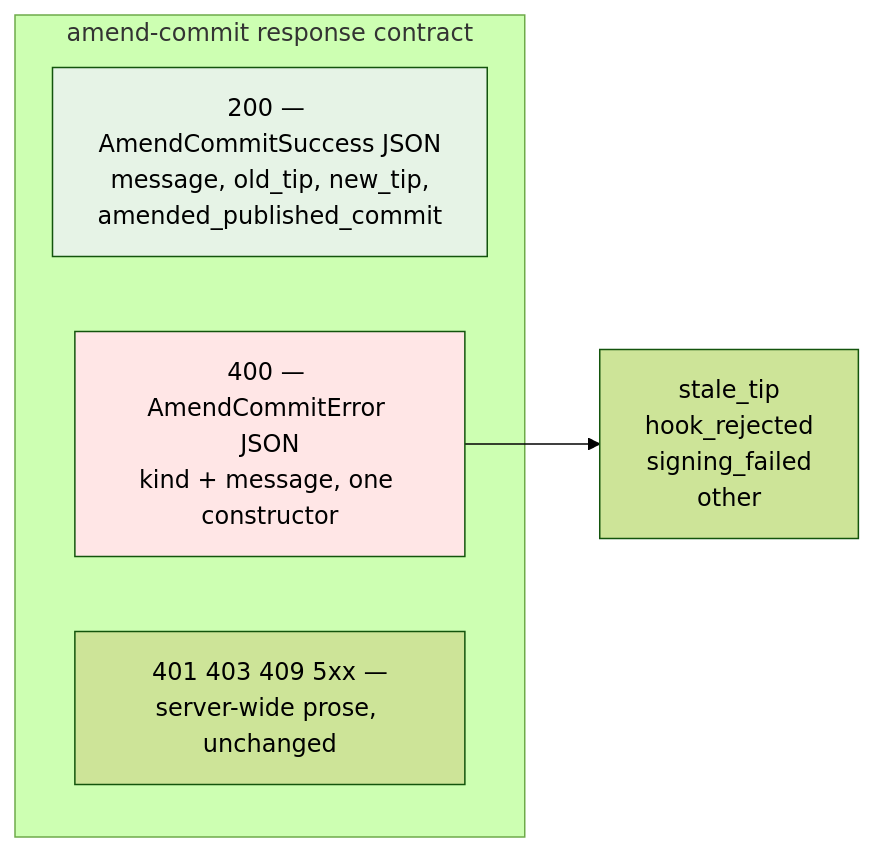
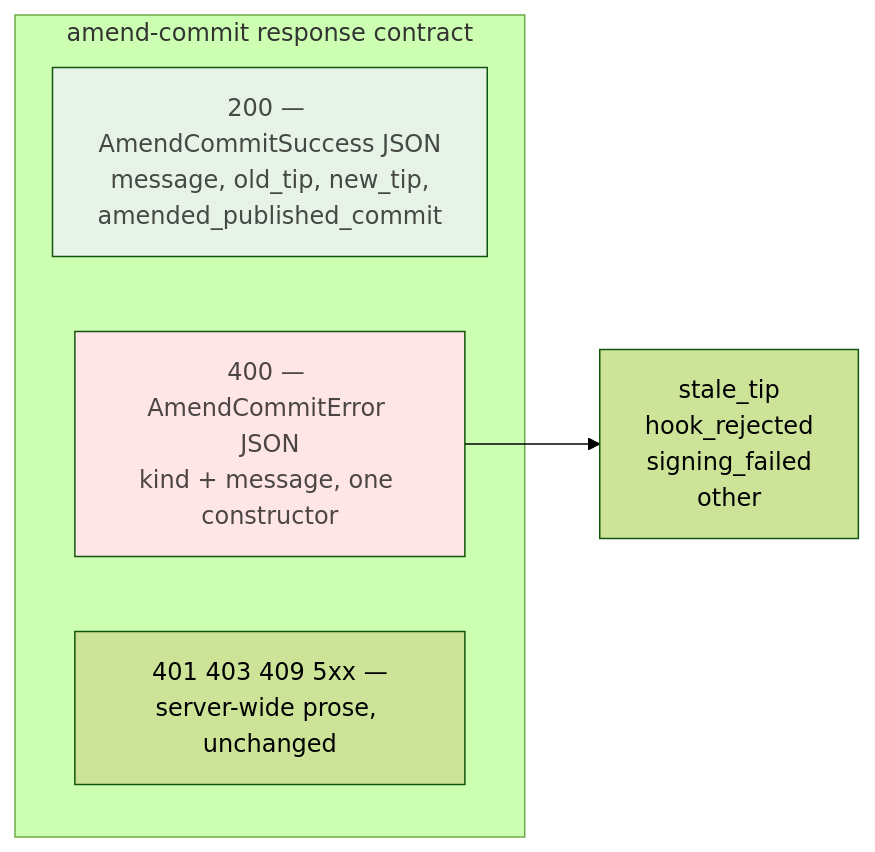
Before and after one commit to tom2025b/git-vista: the fifth of 7 diagrams in docs/adr/0040-amend-execution.md, drawn with Mermaid (forest theme). The commit also changed other lines of this file and 21 other files, not shown here.

````diff
--- a/docs/adr/0040-amend-execution.md
+++ b/docs/adr/0040-amend-execution.md
@@ -198,11 +198,11 @@
 ```mermaid
 flowchart LR
     subgraph "amend-commit response contract"
         S["200 — AmendCommitSuccess JSON<br/>message, old_tip, new_tip,<br/>amended_published_commit"]
         F["400 — AmendCommitError JSON<br/>kind + message, one constructor"]
         O["401 403 409 5xx —<br/>server-wide prose, unchanged"]
     end
     F --> K["stale_tip<br/>hook_rejected<br/>signing_failed<br/>other"]
-    style S fill:#e6f3e6
-    style F fill:#ffe6e6
+    style S fill:#e6f3e6,color:#454845
+    style F fill:#ffe6e6,color:#4c4545
 ```
````
